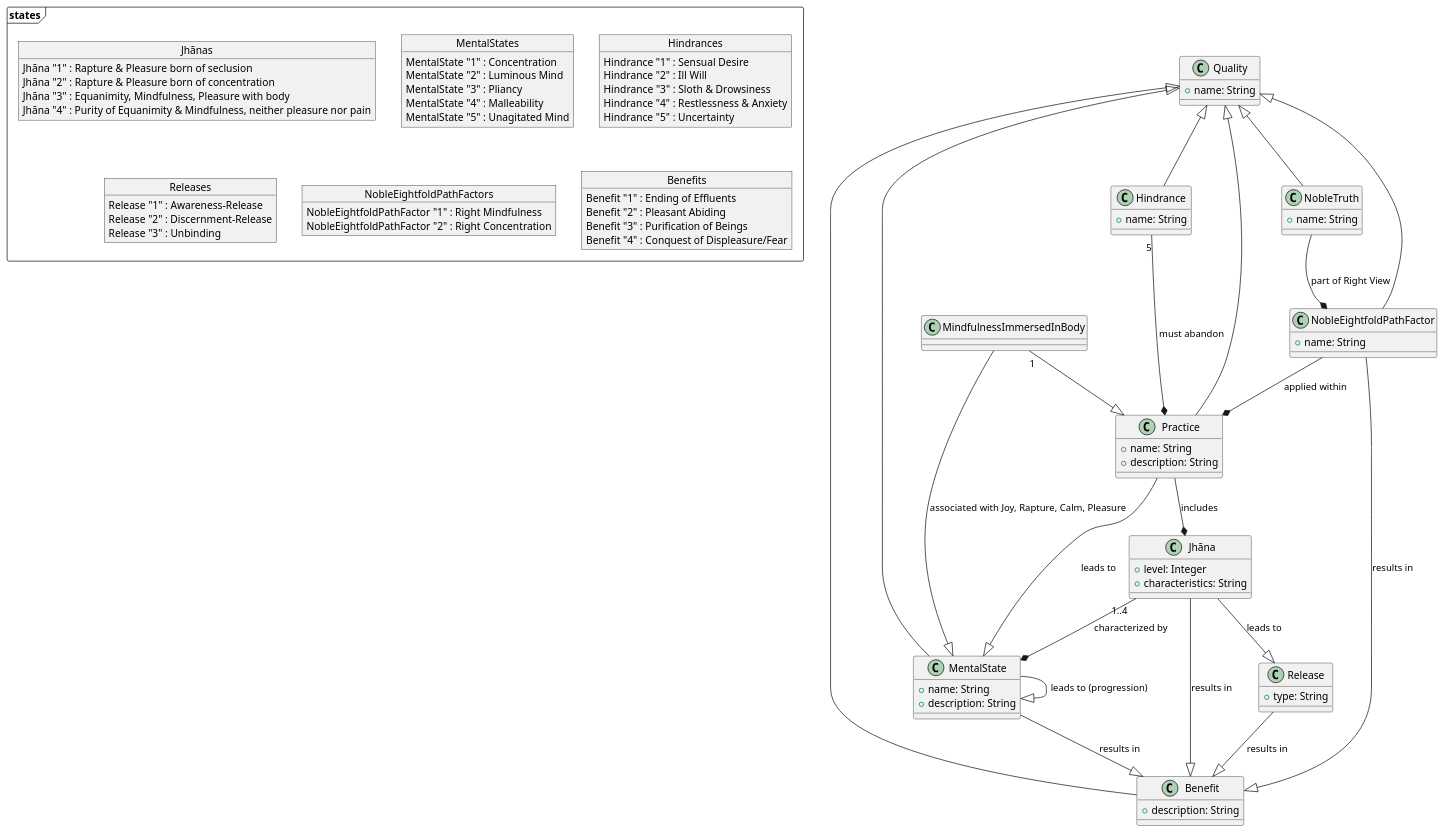
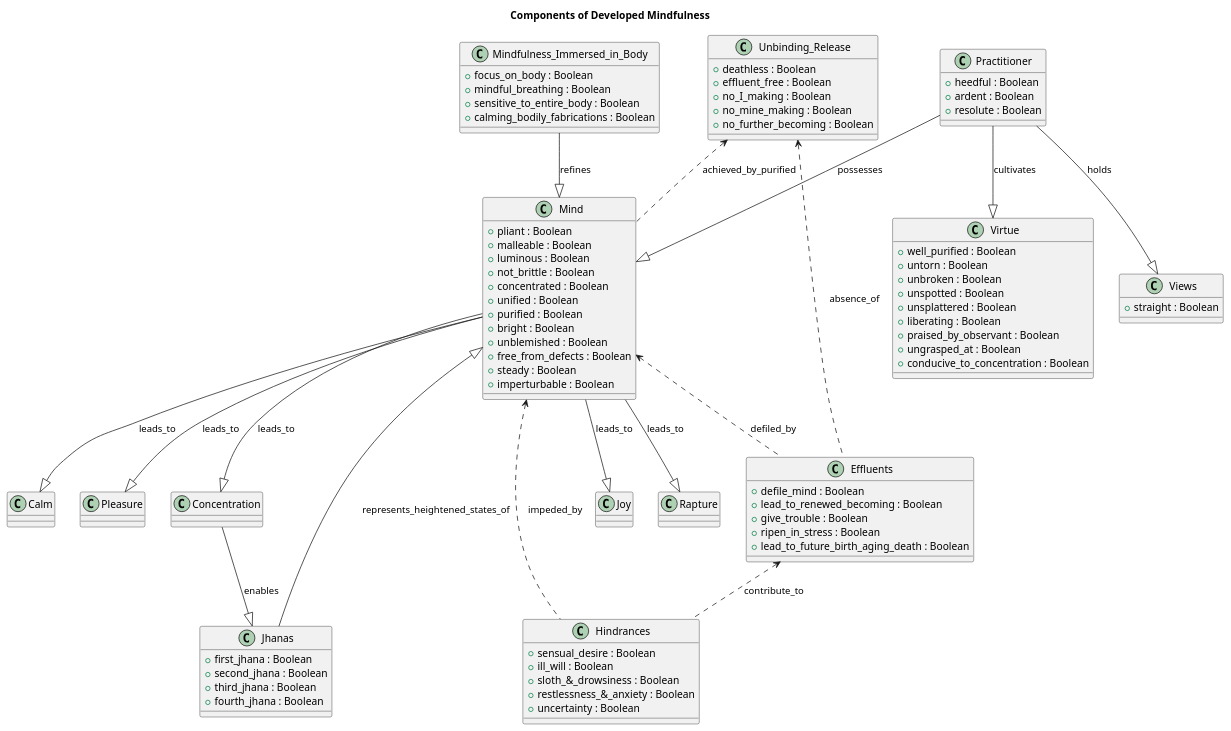
The second of 2 diagrams in ones/generated_content/developed.md (suttaplayer/dn34-PROGRESSING-BY-TENS), drawn with PlantUML before and after one commit. The commit also changed other lines of this file and 41 other files, not shown here.

````diff
--- a/ones/generated_content/developed.md
+++ b/ones/generated_content/developed.md
@@ -155,110 +160,109 @@
 ```plantuml
 @startuml
+hide empty description
+title Components of Developed Mindfulness
 
-class Quality {
-  + name: String
+class Practitioner {
+  + heedful : Boolean
+  + ardent : Boolean
+  + resolute : Boolean
 }
 
-class Practice {
-  + name: String
-  + description: String
+class Mind {
+  + pliant : Boolean
+  + malleable : Boolean
+  + luminous : Boolean
+  + not_brittle : Boolean
+  + concentrated : Boolean
+  + unified : Boolean
+  + purified : Boolean
+  + bright : Boolean
+  + unblemished : Boolean
+  + free_from_defects : Boolean
+  + steady : Boolean
+  + imperturbable : Boolean
 }
 
-class MentalState {
-  + name: String
-  + description: String
+class Virtue {
+  + well_purified : Boolean
+  + untorn : Boolean
+  + unbroken : Boolean
+  + unspotted : Boolean
+  + unsplattered : Boolean
+  + liberating : Boolean
+  + praised_by_observant : Boolean
+  + ungrasped_at : Boolean
+  + conducive_to_concentration : Boolean
 }
 
-class Hindrance {
-  + name: String
+class Views {
+  + straight : Boolean
 }
 
-class NobleTruth {
-  + name: String
+class Mindfulness_Immersed_in_Body {
+  + focus_on_body : Boolean
+  + mindful_breathing : Boolean
+  + sensitive_to_entire_body : Boolean
+  + calming_bodily_fabrications : Boolean
 }
 
-class Jhāna {
-  + level: Integer
-  + characteristics: String
+class Jhanas {
+  + first_jhana : Boolean
+  + second_jhana : Boolean
+  + third_jhana : Boolean
+  + fourth_jhana : Boolean
 }
 
-class Release {
-  + type: String
+class Joy
+class Rapture
+class Calm
+class Pleasure
+class Concentration
+
+class Effluents {
+  + defile_mind : Boolean
+  + lead_to_renewed_becoming : Boolean
+  + give_trouble : Boolean
+  + ripen_in_stress : Boolean
+  + lead_to_future_birth_aging_death : Boolean
 }
 
-class NobleEightfoldPathFactor {
-  + name: String
+class Hindrances {
+  + sensual_desire : Boolean
+  + ill_will : Boolean
+  + sloth_&_drowsiness : Boolean
+  + restlessness_&_anxiety : Boolean
+  + uncertainty : Boolean
 }
 
-class Benefit {
-  + description: String
+class Unbinding_Release {
+  + deathless : Boolean
+  + effluent_free : Boolean
+  + no_I_making : Boolean
+  + no_mine_making : Boolean
+  + no_further_becoming : Boolean
 }
 
-Quality <|-- Practice
-Quality <|-- MentalState
-Quality <|-- Hindrance
-Quality <|-- NobleTruth
-Quality <|-- NobleEightfoldPathFactor
-Quality <|-- Benefit
+Practitioner --|> Mind : possesses
+Practitioner --|> Virtue : cultivates
+Practitioner --|> Views : holds
 
-Practice --|> MentalState : leads to
-MentalState --|> MentalState : leads to (progression)
-Hindrance "5" --* Practice : must abandon
-Practice --* Jhāna : includes
-Jhāna "1..4" --* MentalState : characterized by
-MentalState --|> Benefit : results in
-Jhāna --|> Benefit : results in
-Jhāna --|> Release : leads to
-NobleEightfoldPathFactor --* Practice : applied within
-NobleEightfoldPathFactor --|> Benefit : results in
-NobleTruth --* NobleEightfoldPathFactor : part of Right View
-Release --|> Benefit : results in
+Mindfulness_Immersed_in_Body --|> Mind : refines
+Mind --|> Joy : leads_to
+Mind --|> Rapture : leads_to
+Mind --|> Calm : leads_to
+Mind --|> Pleasure : leads_to
+Mind --|> Concentration : leads_to
 
-' Specific instances/associations
-MindfulnessImmersedInBody "1" --|> Practice
-MindfulnessImmersedInBody --|> MentalState : associated with Joy, Rapture, Calm, Pleasure
+Jhanas --|> Mind : represents_heightened_states_of
+Concentration --|> Jhanas : enables
 
-package states <<frame>> {
-    object Jhānas {
-    Jhāna "1" : Rapture & Pleasure born of seclusion
-    Jhāna "2" : Rapture & Pleasure born of concentration
-    Jhāna "3" : Equanimity, Mindfulness, Pleasure with body
-    Jhāna "4" : Purity of Equanimity & Mindfulness, neither pleasure nor pain
-    }
-    
-    object MentalStates {
-    MentalState "1" : Concentration
-    MentalState "2" : Luminous Mind
-    MentalState "3" : Pliancy
-    MentalState "4" : Malleability
-    MentalState "5" : Unagitated Mind
-    }
-    
-    object Hindrances {
-    Hindrance "1" : Sensual Desire
-    Hindrance "2" : Ill Will
-    Hindrance "3" : Sloth & Drowsiness
-    Hindrance "4" : Restlessness & Anxiety
-    Hindrance "5" : Uncertainty
-    }
-    
-    object Releases {
-    Release "1" : Awareness-Release
-    Release "2" : Discernment-Release
-    Release "3" : Unbinding
-    }
-    
-    object NobleEightfoldPathFactors {
-    NobleEightfoldPathFactor "1" : Right Mindfulness
-    NobleEightfoldPathFactor "2" : Right Concentration
-    }
-    
-    object Benefits {
-    Benefit "1" : Ending of Effluents
-    Benefit "2" : Pleasant Abiding
-    Benefit "3" : Purification of Beings
-    Benefit "4" : Conquest of Displeasure/Fear
-    }
-}
+Mind <.. Effluents : defiled_by
+Mind <.. Hindrances : impeded_by
+Effluents <.. Hindrances : contribute_to
+
+Unbinding_Release <.. Mind : achieved_by_purified
+Unbinding_Release <.. Effluents : absence_of
+
 @enduml
 ```
````
